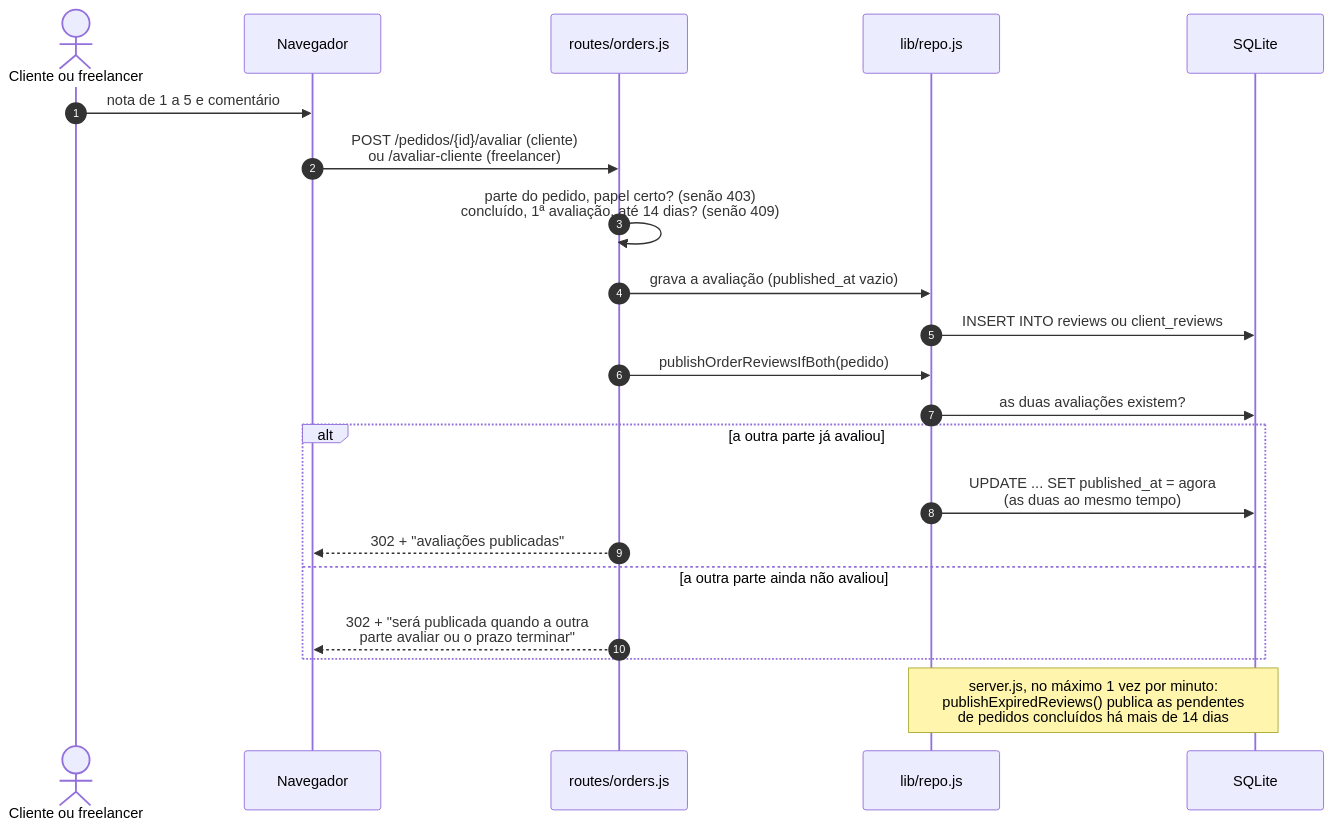
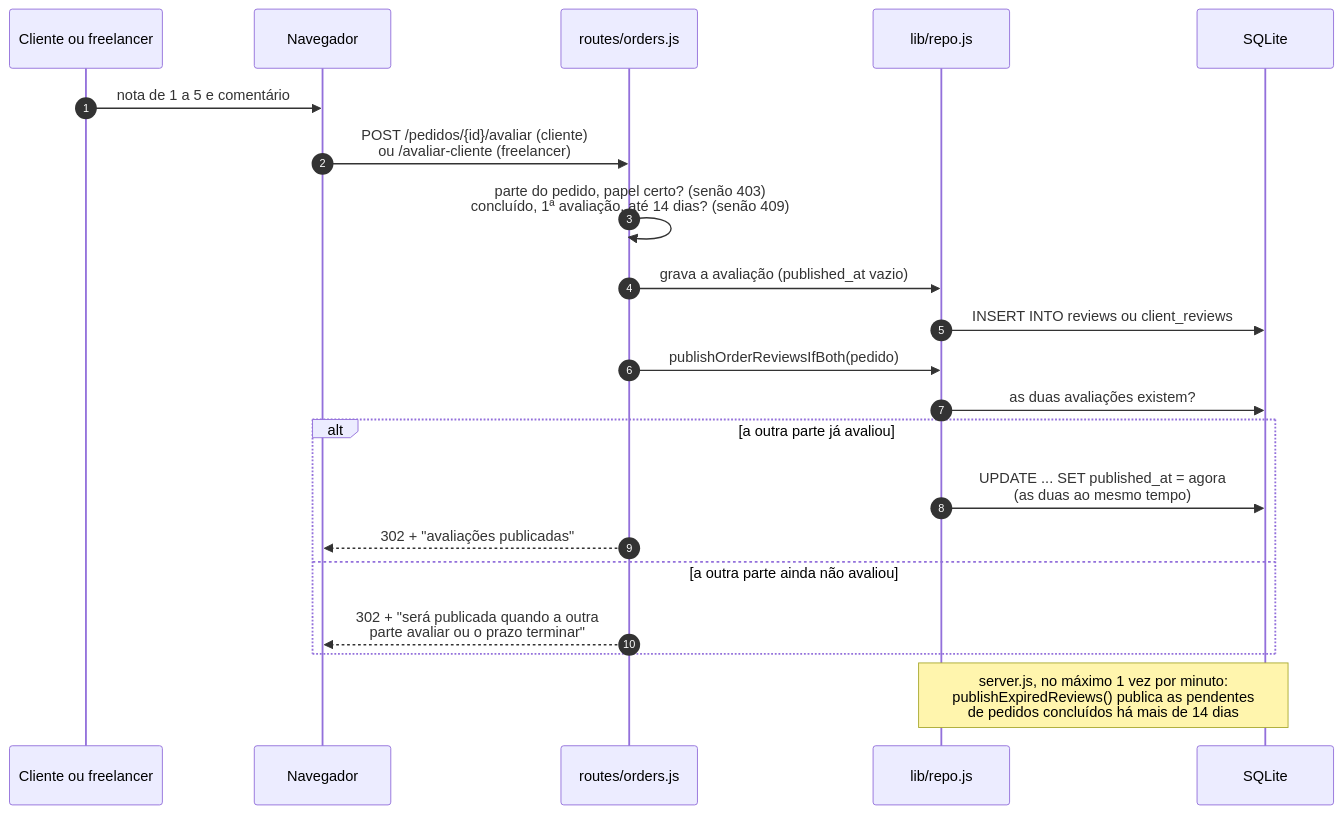
One commit to bygabrielly/nexo-repo changed the diagram in diagramas/src/seq-avaliacao.mmd. Above: the diagram before and after it, drawn with Mermaid. The commit also changed 34 other files, not shown here.

Commit message:
Diagramas refeitos e fontes locais

```diff
--- a/diagramas/src/seq-avaliacao.mmd
+++ b/diagramas/src/seq-avaliacao.mmd
@@ -1,21 +1,21 @@
 sequenceDiagram
   autonumber
-  actor A as Cliente ou freelancer
+  participant A as Cliente ou freelancer
   participant N as Navegador
   participant R as routes/orders.js
   participant D as lib/repo.js
   participant B as SQLite
   A->>N: nota de 1 a 5 e comentário
   N->>R: POST /pedidos/{id}/avaliar (cliente)<br/>ou /avaliar-cliente (freelancer)
   R->>R: parte do pedido, papel certo? (senão 403)<br/>concluído, 1ª avaliação, até 14 dias? (senão 409)
   R->>D: grava a avaliação (published_at vazio)
   D->>B: INSERT INTO reviews ou client_reviews
   R->>D: publishOrderReviewsIfBoth(pedido)
   D->>B: as duas avaliações existem?
   alt a outra parte já avaliou
     D->>B: UPDATE ... SET published_at = agora<br/>(as duas ao mesmo tempo)
     R-->>N: 302 + "avaliações publicadas"
   else a outra parte ainda não avaliou
     R-->>N: 302 + "será publicada quando a outra<br/>parte avaliar ou o prazo terminar"
   end
   Note over D,B: server.js, no máximo 1 vez por minuto:<br/>publishExpiredReviews() publica as pendentes<br/>de pedidos concluídos há mais de 14 dias
```
